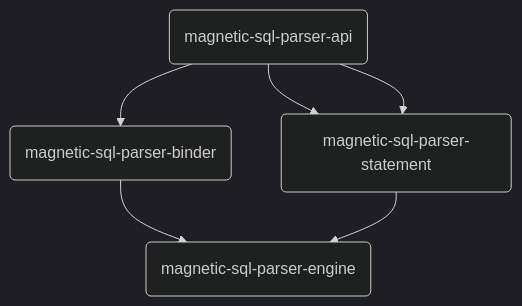
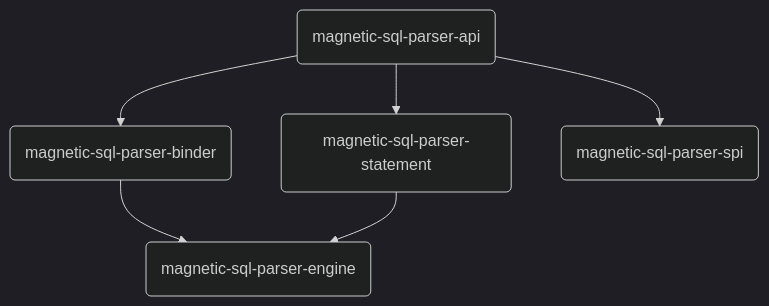
One commit to iByteCoding/M-SQLParser changed the diagram in README.md. Above: the diagram before and after it, drawn with Mermaid (dark theme).

Commit message:
docs：更新笔记

````diff
--- a/README.md
+++ b/README.md
@@ -18,8 +18,8 @@
 ```mermaid
 graph TD;
 	id1(magnetic-sql-parser-api)-->id2(magnetic-sql-parser-binder)
     id1(magnetic-sql-parser-api)-->id3(magnetic-sql-parser-statement)
-    id1(magnetic-sql-parser-api)-->id3(magnetic-sql-parser-spi)
+    id1(magnetic-sql-parser-api)-->id5(magnetic-sql-parser-spi)
     id2(magnetic-sql-parser-binder)-->id4(magnetic-sql-parser-engine)
     id3(magnetic-sql-parser-statement)-->id4(magnetic-sql-parser-engine)
 ```
````
